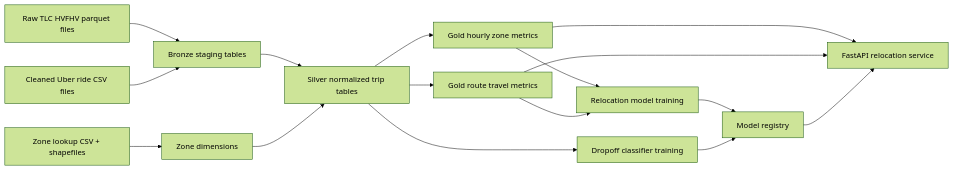
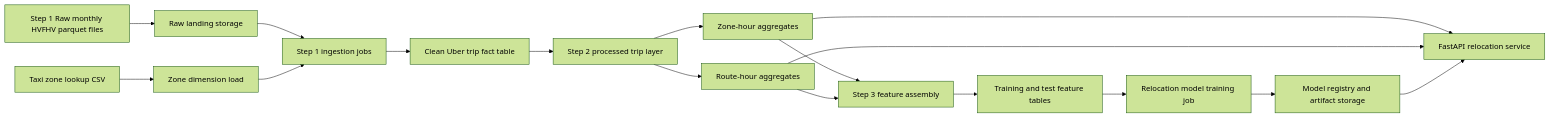
The first of 2 diagrams in data-engineering/architecture/rds-architecture.md (BodrulJalal/Rideshare-Decision-ML), drawn with Mermaid (forest theme) before and after one commit. The commit also changed other lines of this file and 33 other files, not shown here.

````diff
--- a/data-engineering/architecture/rds-architecture.md
+++ b/data-engineering/architecture/rds-architecture.md
@@ -14,18 +80,19 @@
 ```mermaid
 flowchart LR
-    A[Raw TLC HVFHV parquet files] --> B[Bronze staging tables]
-    C[Cleaned Uber ride CSV files] --> B
-    D[Zone lookup CSV + shapefiles] --> E[Zone dimensions]
-    B --> F[Silver normalized trip tables]
-    E --> F
-    F --> G[Gold hourly zone metrics]
-    F --> H[Gold route travel metrics]
-    G --> I[Relocation model training]
-    H --> I
-    F --> J[Dropoff classifier training]
-    I --> K[Model registry]
-    J --> K
-    G --> L[FastAPI relocation service]
-    H --> L
-    K --> L
+    A[Step 1 Raw monthly HVFHV parquet files] --> B[Raw landing storage]
+    C[Taxi zone lookup CSV] --> D[Zone dimension load]
+    B --> E[Step 1 ingestion jobs]
+    D --> E
+    E --> F[Clean Uber trip fact table]
+    F --> G[Step 2 processed trip layer]
+    G --> H[Zone-hour aggregates]
+    G --> I[Route-hour aggregates]
+    H --> J[Step 3 feature assembly]
+    I --> J
+    J --> K[Training and test feature tables]
+    K --> L[Relocation model training job]
+    L --> M[Model registry and artifact storage]
+    H --> N[FastAPI relocation service]
+    I --> N
+    M --> N
 ```
````
